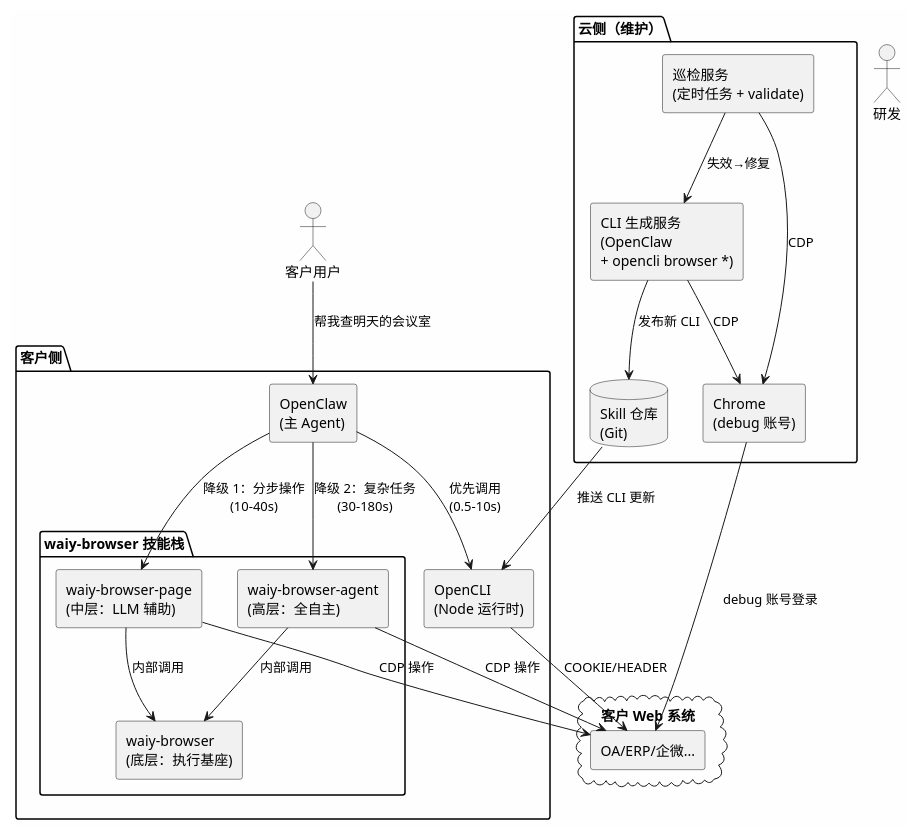
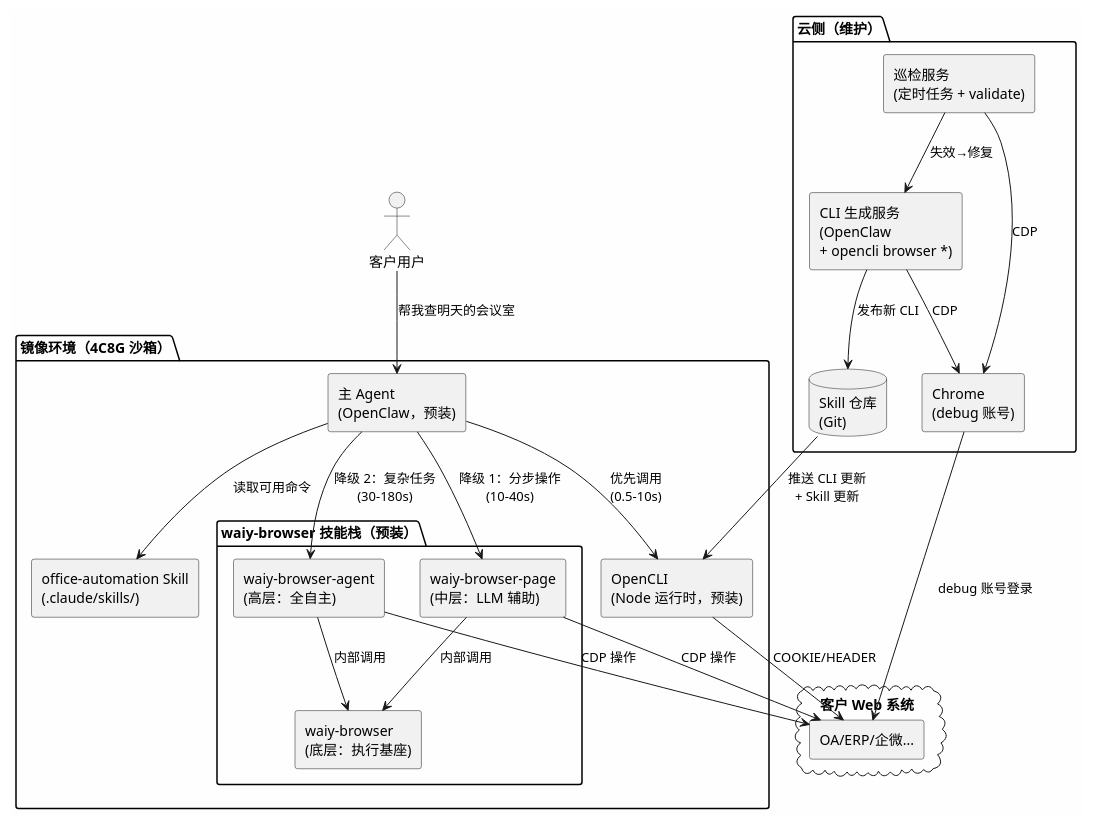
The fifth of 7 diagrams in doc/office-automation-architecture.md (shadow-cyan/OpenCLI), drawn with PlantUML before and after one commit. The commit also changed other lines of this file, not shown here.

First line of the commit message:
docs(architecture): clarify tool chain separation, expand self-evolution, add dual deployment diagrams

````diff
--- a/doc/office-automation-architecture.md
+++ b/doc/office-automation-architecture.md
@@ -379,51 +465,53 @@
 ```plantuml
 @startuml
 skinparam componentStyle rectangle
 skinparam backgroundColor #FEFEFE
 
 actor "客户用户" as User
-actor "研发" as Dev
 
-package "客户侧" {
-  [OpenClaw\n(主 Agent)] as CC
-  [OpenCLI\n(Node 运行时)] as OC
+package "镜像环境（4C8G 沙箱）" {
+  [主 Agent\n(OpenClaw，预装)] as CC
+  [OpenCLI\n(Node 运行时，预装)] as OC
 
-  package "waiy-browser 技能栈" {
+  package "waiy-browser 技能栈（预装）" {
     [waiy-browser-page\n(中层：LLM 辅助)] as BP
     [waiy-browser-agent\n(高层：全自主)] as BA
     [waiy-browser\n(底层：执行基座)] as BW
 
     BP --> BW : 内部调用
     BA --> BW : 内部调用
   }
 
+  [office-automation Skill\n(.claude/skills/)] as Skill
+
+  CC --> Skill : 读取可用命令
   CC --> OC : 优先调用\n(0.5-10s)
   CC --> BP : 降级 1：分步操作\n(10-40s)
   CC --> BA : 降级 2：复杂任务\n(30-180s)
 }
 
 package "云侧（维护）" {
   [CLI 生成服务\n(OpenClaw\n+ opencli browser *)] as Factory
   [巡检服务\n(定时任务 + validate)] as Patrol
   database "Skill 仓库\n(Git)" as Repo
   [Chrome\n(debug 账号)] as Chrome
 
   Factory --> Chrome : CDP
   Patrol --> Chrome : CDP
   Factory --> Repo : 发布新 CLI
   Patrol --> Factory : 失效→修复
 }
 
 cloud "客户 Web 系统" {
   [OA/ERP/企微...] as WebSys
 }
 
 User --> CC : "帮我查明天的会议室"
-Repo --> OC : 推送 CLI 更新
+Repo --> OC : 推送 CLI 更新\n+ Skill 更新
 OC --> WebSys : COOKIE/HEADER
 BP --> WebSys : CDP 操作
 BA --> WebSys : CDP 操作
 Chrome --> WebSys : debug 账号登录
 
 @enduml
 ```
````
